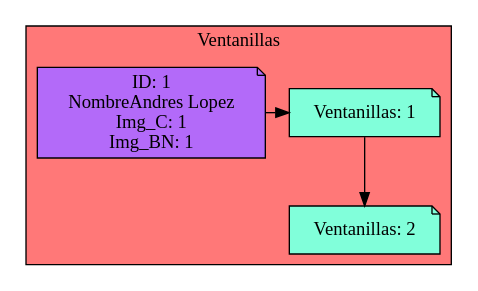
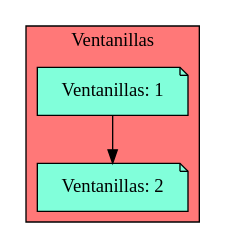
Before and after one commit to Serch-ING/EDD_UDRAWING_202000119: the diagram in Simple_Windows.dot, drawn with Graphviz. The commit also changed 5 other files, not shown here.

```diff
--- a/Simple_Windows.dot
+++ b/Simple_Windows.dot
@@ -1,17 +1,12 @@
 digraph L {
 node[shape=note fillcolor="#A181FF" style =filled]
 subgraph cluster_p{
     label= " Ventanillas "
     bgcolor = "#FF7878"
 Nodo1661081225[label="Ventanillas: 1",fillcolor="#81FFDA",group=1]
 Nodo1882554559[label="Ventanillas: 2",fillcolor="#81FFDA",group=2]
 
 Nodo1661081225 -> Nodo1882554559
 
-Cliente1738674023[label="ID: 1
-NombreAndres Lopez
-Img_C: 1
-Img_BN: 1",fillcolor="#B36AF9",group=1]
-Cliente1738674023-> Nodo1661081225
-{rank=same;Nodo1661081225,Cliente1738674023}
+{rank=same;Nodo1661081225}
 {rank=same;Nodo1882554559}}}
```
